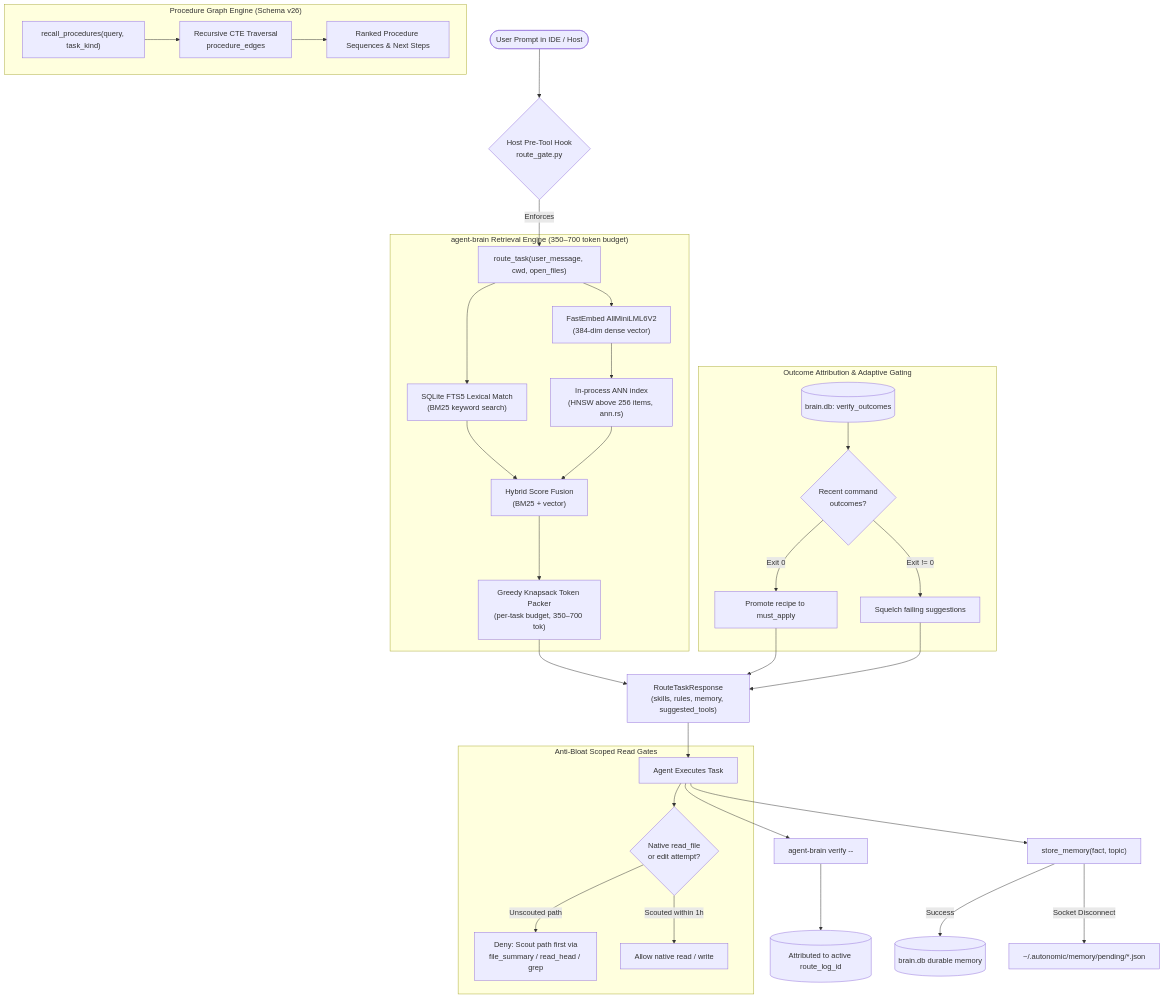
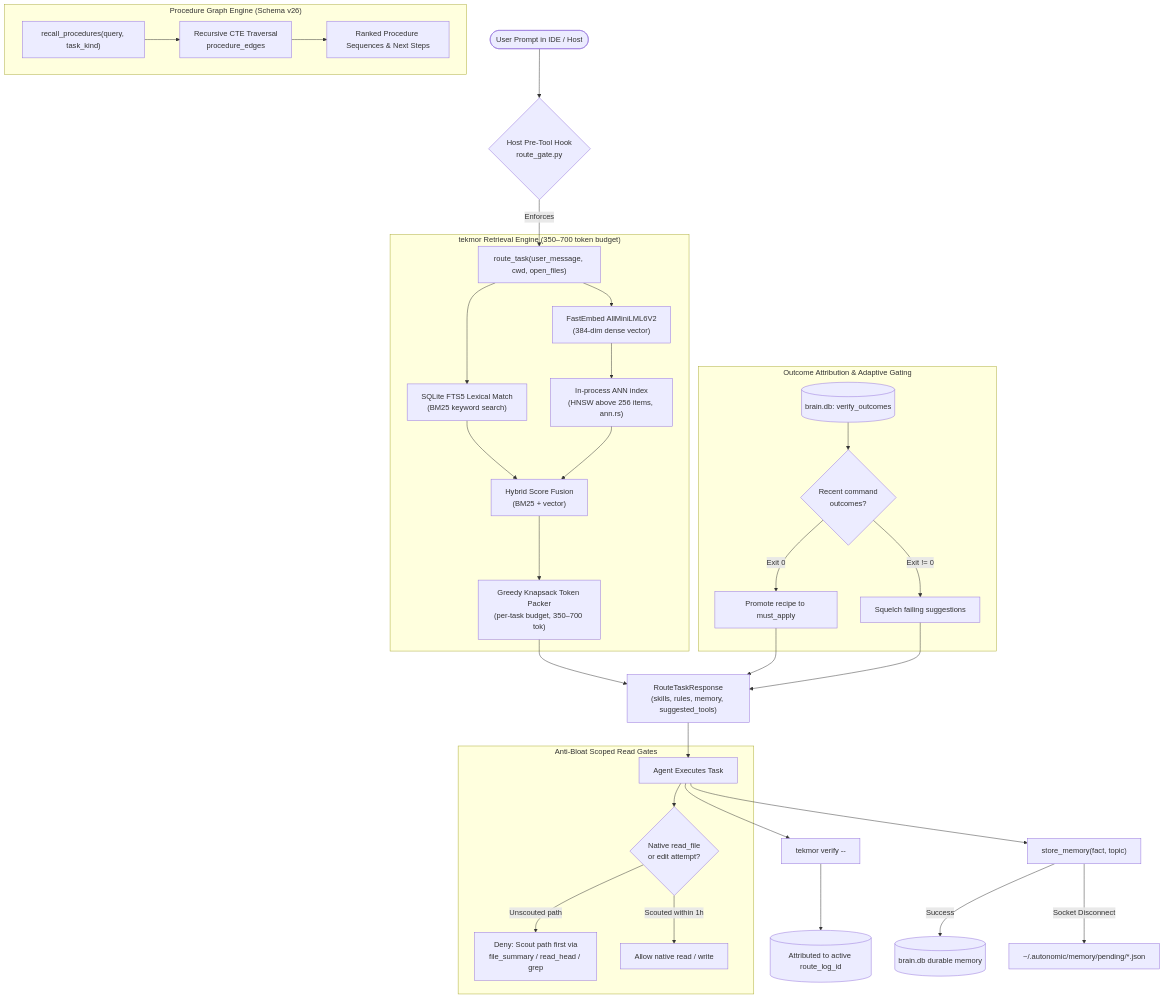
One commit to autonomic-ai-dev/agent-brain changed the diagram in CONTEXT.md. Above: the diagram before and after it, drawn with Mermaid. The commit also changed other lines of this file and 405 other files, not shown here.

First line of the commit message:
refactor: rename agent-brain to tekmor and simplify the pipeline

````diff
--- a/CONTEXT.md
+++ b/CONTEXT.md
@@ -24,39 +24,39 @@
 ```mermaid
 flowchart TD
     UserTurn([User Prompt in IDE / Host]) --> HookGate{Host Pre-Tool Hook<br>route_gate.py}
     HookGate -->|Enforces| RouteTask["route_task(user_message, cwd, open_files)"]
     
-    subgraph BrainEngine ["agent-brain Retrieval Engine (350–700 token budget)"]
+    subgraph BrainEngine ["tekmor Retrieval Engine (350–700 token budget)"]
         RouteTask --> QueryVec["FastEmbed AllMiniLML6V2<br>(384-dim dense vector)"]
         RouteTask --> QueryBM25["SQLite FTS5 Lexical Match<br>(BM25 keyword search)"]
         QueryVec --> HNSW["In-process ANN index<br>(HNSW above 256 items, ann.rs)"]
         QueryBM25 & HNSW --> HybridRerank["Hybrid Score Fusion<br>(BM25 + vector)"]
         HybridRerank --> BudgetPacker["Greedy Knapsack Token Packer<br>(per-task budget, 350–700 tok)"]
     end
 
     subgraph OutcomeLedger ["Outcome Attribution & Adaptive Gating"]
         VerifyDB[("brain.db: verify_outcomes")] --> HistoryCheck{"Recent command<br>outcomes?"}
         HistoryCheck -->|Exit 0| PromoteMustApply["Promote recipe to must_apply"]
         HistoryCheck -->|Exit != 0| SquelchRecipe["Squelch failing suggestions"]
     end
 
     subgraph ProcedureEngine ["Procedure Graph Engine (Schema v26)"]
         RecallCmd["recall_procedures(query, task_kind)"] --> CTE["Recursive CTE Traversal<br>procedure_edges"]
         CTE --> ProcedureHits["Ranked Procedure Sequences & Next Steps"]
     end
 
     BudgetPacker & PromoteMustApply & SquelchRecipe --> RouteResponse["RouteTaskResponse<br>(skills, rules, memory, suggested_tools)"]
     RouteResponse --> AgentWork["Agent Executes Task"]
     
     subgraph ScopedReadGates ["Anti-Bloat Scoped Read Gates"]
         AgentWork --> NativeReadCheck{"Native read_file<br>or edit attempt?"}
         NativeReadCheck -->|Unscouted path| BlockRead["Deny: Scout path first via<br>file_summary / read_head / grep"]
         NativeReadCheck -->|Scouted within 1h| AllowRead["Allow native read / write"]
     end
 
-    AgentWork --> VerifyCmd["agent-brain verify -- <cmd>"]
+    AgentWork --> VerifyCmd["tekmor verify -- <cmd>"]
     VerifyCmd --> RecordOutcome[("Attributed to active route_log_id")]
     AgentWork --> StoreMem["store_memory(fact, topic)"]
     StoreMem -->|Success| SaveDB[("brain.db durable memory")]
     StoreMem -->|Socket Disconnect| PendingQueue["~/.autonomic/memory/pending/*.json"]
 ```
````
